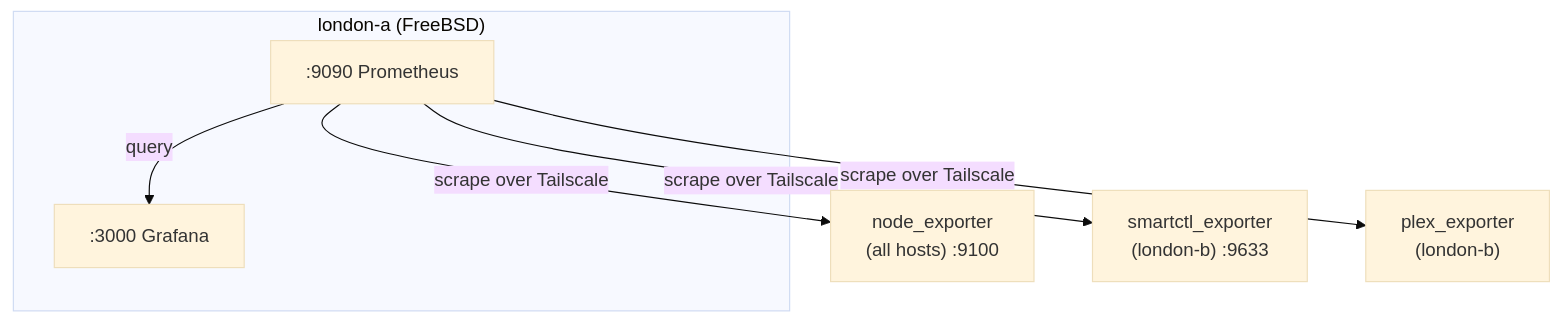
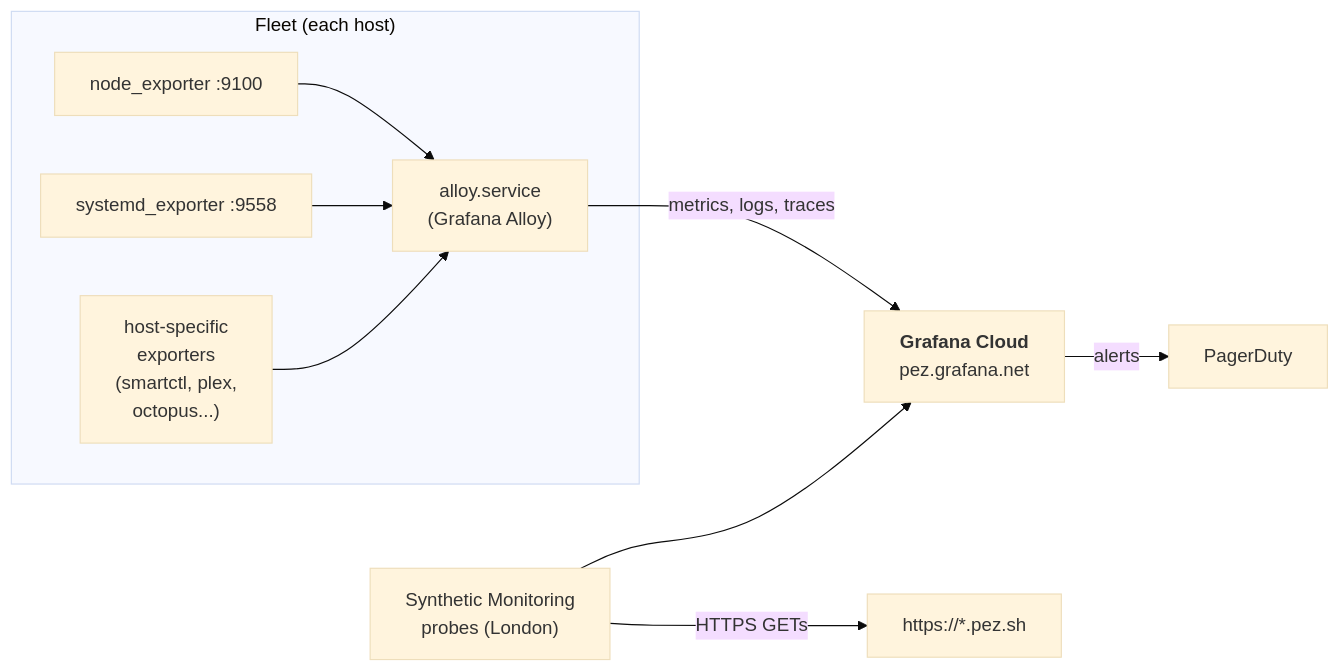
The diagram in docs/monitoring.md (RWejlgaard/pez-infra), drawn with Mermaid (base theme) before and after one commit. The commit also changed other lines of this file and 15 other files, not shown here.

````diff
--- a/docs/monitoring.md
+++ b/docs/monitoring.md
@@ -5,10 +7,17 @@
 ```mermaid
-graph TD
-    subgraph "london-a (FreeBSD)"
-        Prometheus[":9090 Prometheus"] -->|query| Grafana[":3000 Grafana"]
+graph LR
+    subgraph "Fleet (each host)"
+        NE["node_exporter :9100"]
+        SE["systemd_exporter :9558"]
+        XE["host-specific<br/>exporters<br/>(smartctl, plex,<br/>octopus...)"]
+        Alloy["alloy.service<br/>(Grafana Alloy)"]
+        NE --> Alloy
+        SE --> Alloy
+        XE --> Alloy
     end
 
-    Prometheus -->|scrape over Tailscale| NE["node_exporter<br/>(all hosts) :9100"]
-    Prometheus -->|scrape over Tailscale| SE["smartctl_exporter<br/>(london-b) :9633"]
-    Prometheus -->|scrape over Tailscale| PE["plex_exporter<br/>(london-b)"]
+    Alloy -->|metrics, logs, traces| GC["<b>Grafana Cloud</b><br/>pez.grafana.net"]
+    SM["Synthetic Monitoring<br/>probes (London)"] -->|HTTPS GETs| Internet["https://*.pez.sh"]
+    SM --> GC
+    GC -->|alerts| PD["PagerDuty"]
 ```
````
